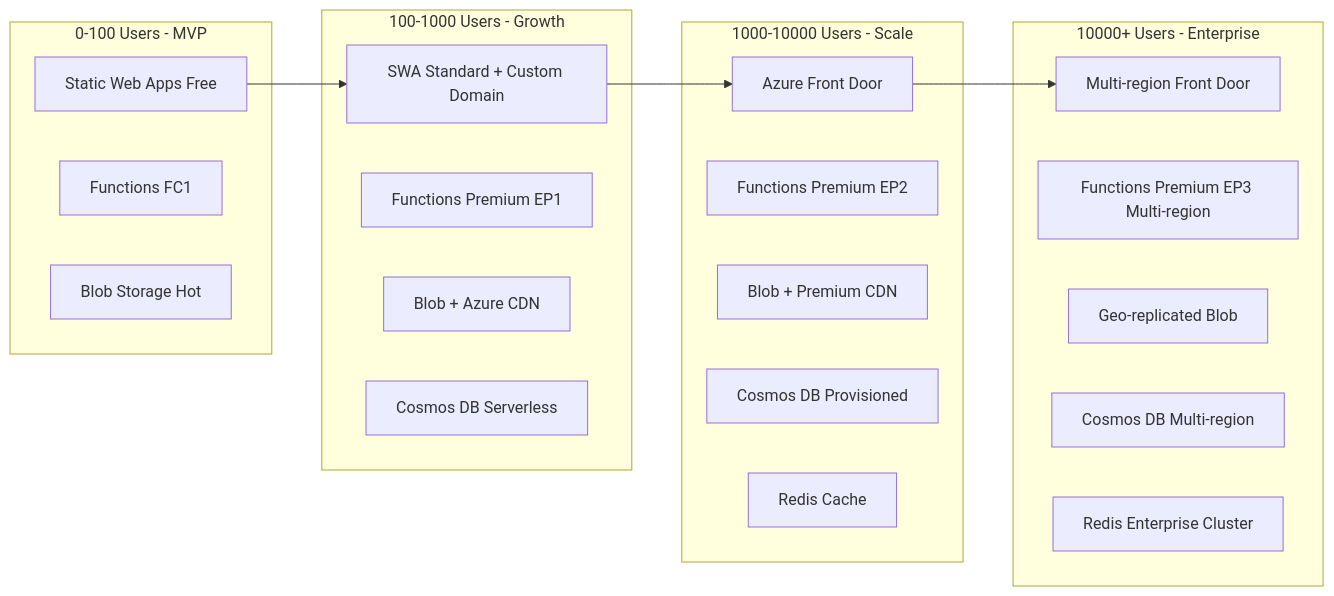
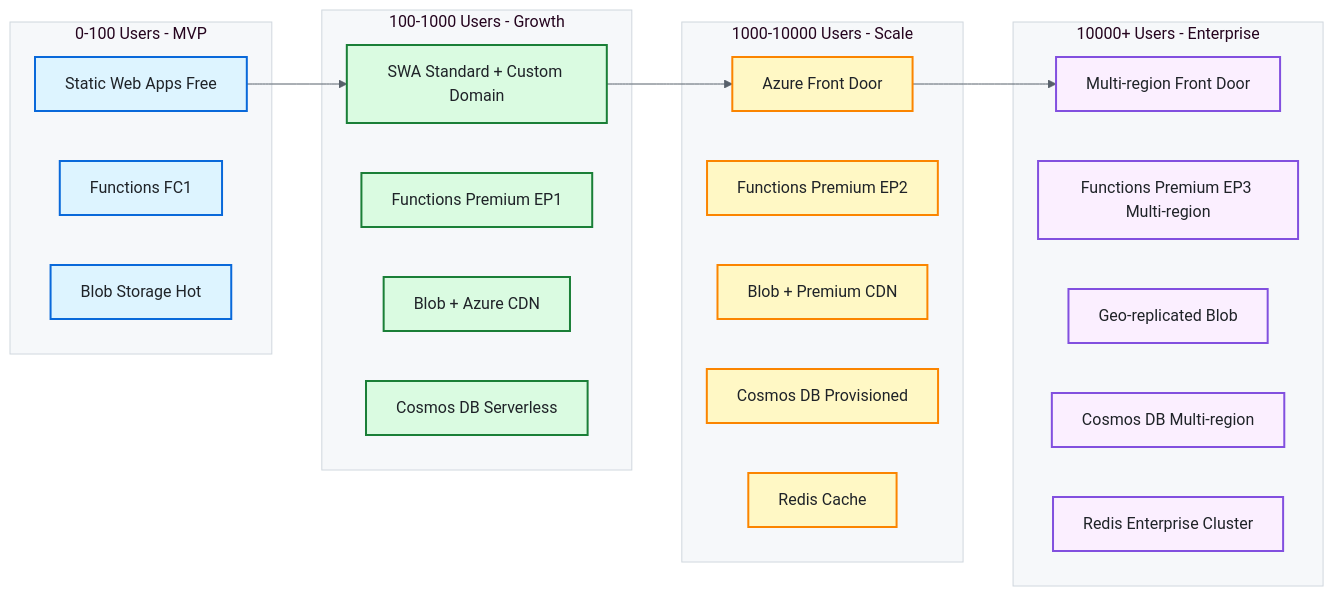
One commit to fabioc-aloha/ai-wallpaper-generator changed the fifth of 5 diagrams in ARCHITECTURE.md. Above: the diagram before and after it, drawn with Mermaid. The commit also changed other lines of this file and 2 other files, not shown here.

First line of the commit message:
Polish Mermaid diagrams with GitHub Primer theme

````diff
--- a/ARCHITECTURE.md
+++ b/ARCHITECTURE.md
@@ -1025,35 +1045,46 @@
 ```mermaid
+%%{init: {'theme':'base', 'themeVariables': {'primaryColor':'#ddf4ff','primaryTextColor':'#1f2328','primaryBorderColor':'#0969DA','lineColor':'#57606a','secondaryColor':'#fbefff','tertiaryColor':'#dafbe1','background':'#ffffff','mainBkg':'#f6f8fa','secondBkg':'#ffffff','clusterBkg':'#f6f8fa','clusterBorder':'#d0d7de','edgeLabelBackground':'#ffffff','nodeTextColor':'#1f2328'}}}%%
 graph LR
     subgraph "0-100 Users - MVP"
         A1[Static Web Apps Free]
         A2[Functions FC1]
         A3[Blob Storage Hot]
     end
 
     subgraph "100-1000 Users - Growth"
         B1[SWA Standard + Custom Domain]
         B2[Functions Premium EP1]
         B3[Blob + Azure CDN]
         B4[Cosmos DB Serverless]
     end
 
     subgraph "1000-10000 Users - Scale"
         C1[Azure Front Door]
         C2[Functions Premium EP2]
         C3[Blob + Premium CDN]
         C4[Cosmos DB Provisioned]
         C5[Redis Cache]
     end
 
     subgraph "10000+ Users - Enterprise"
         D1[Multi-region Front Door]
         D2[Functions Premium EP3 Multi-region]
         D3[Geo-replicated Blob]
         D4[Cosmos DB Multi-region]
         D5[Redis Enterprise Cluster]
     end
 
     A1 --> B1
     B1 --> C1
     C1 --> D1
+
+    classDef mvpStyle fill:#ddf4ff,stroke:#0969DA,stroke-width:2px,color:#1f2328
+    classDef growthStyle fill:#dafbe1,stroke:#1a7f37,stroke-width:2px,color:#1f2328
+    classDef scaleStyle fill:#fff8c5,stroke:#fb8500,stroke-width:2px,color:#1f2328
+    classDef enterpriseStyle fill:#fbefff,stroke:#8250df,stroke-width:2px,color:#1f2328
+
+    class A1,A2,A3 mvpStyle
+    class B1,B2,B3,B4 growthStyle
+    class C1,C2,C3,C4,C5 scaleStyle
+    class D1,D2,D3,D4,D5 enterpriseStyle
 ```
````
